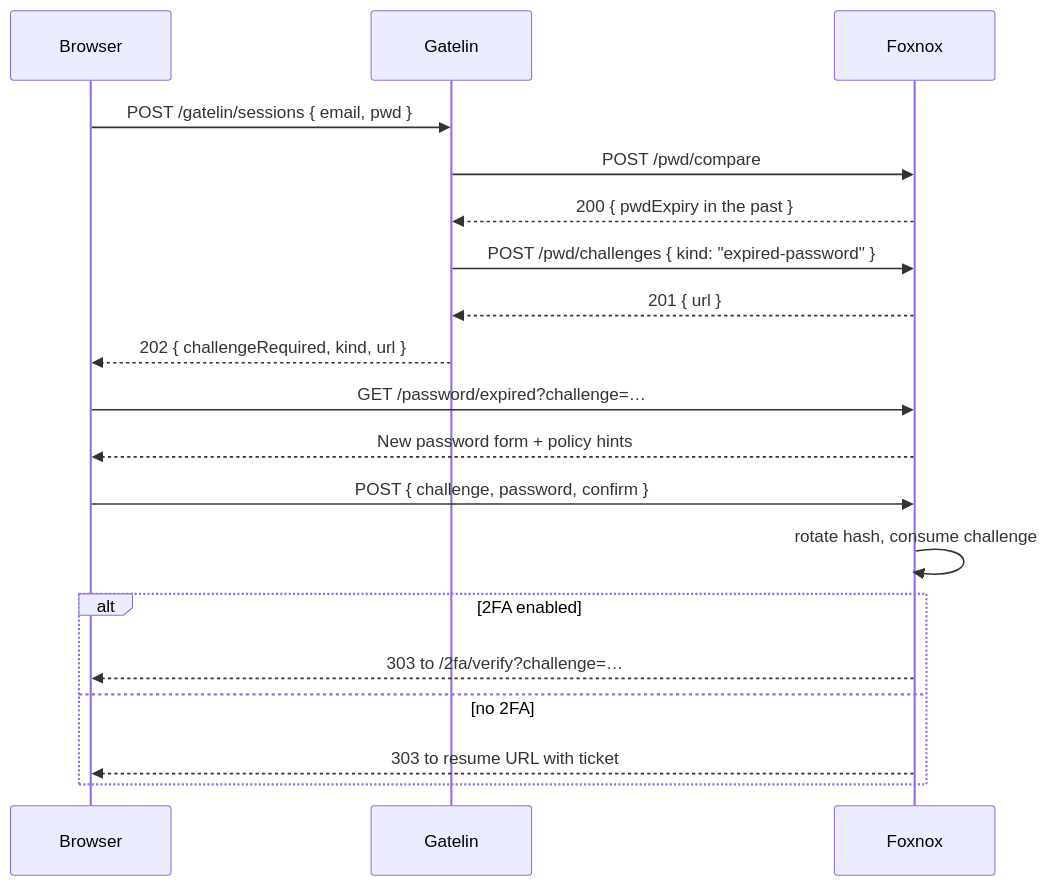
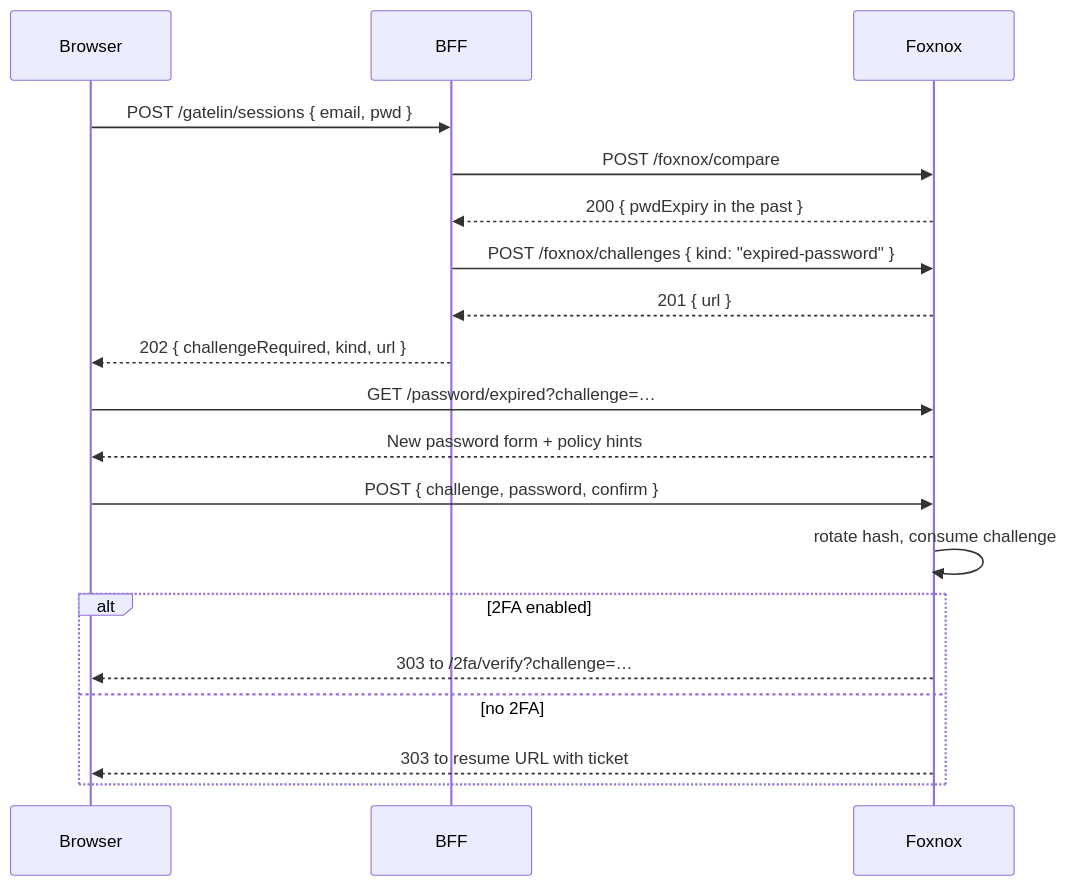
The diagram in website/docs/guide/workflow-password-expired.md (ALTEN-group/Foxnox), drawn with Mermaid before and after one commit. The commit also changed other lines of this file and 161 other files, not shown here.

````diff
--- a/website/docs/guide/workflow-password-expired.md
+++ b/website/docs/guide/workflow-password-expired.md
@@ -18,24 +18,24 @@
 ```mermaid
 sequenceDiagram
     participant B as Browser
-    participant G as Gatelin
+    participant G as BFF
     participant F as Foxnox
 
     B->>G: POST /gatelin/sessions { email, pwd }
-    G->>F: POST /pwd/compare
+    G->>F: POST /foxnox/compare
     F-->>G: 200 { pwdExpiry in the past }
-    G->>F: POST /pwd/challenges { kind: "expired-password" }
+    G->>F: POST /foxnox/challenges { kind: "expired-password" }
     F-->>G: 201 { url }
     G-->>B: 202 { challengeRequired, kind, url }
 
     B->>F: GET /password/expired?challenge=…
     F-->>B: New password form + policy hints
     B->>F: POST { challenge, password, confirm }
     F->>F: rotate hash, consume challenge
 
     alt 2FA enabled
         F-->>B: 303 to /2fa/verify?challenge=…
     else no 2FA
         F-->>B: 303 to resume URL with ticket
     end
 ```
````
